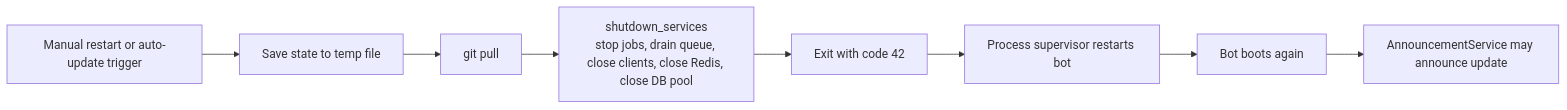
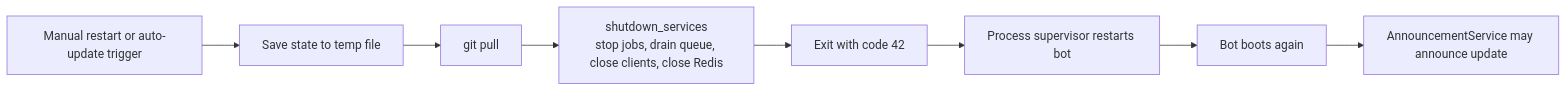
The diagram in docs/auto-update.md (jobeus/cmwgpt), drawn with Mermaid before and after one commit. The commit also changed other lines of this file and 11 other files, not shown here.

````diff
--- a/docs/auto-update.md
+++ b/docs/auto-update.md
@@ -30,10 +30,10 @@
 ```mermaid
 flowchart LR
     Trigger[Manual restart or auto-update trigger] --> Save[Save state to temp file]
     Save --> Pull[git pull]
-    Pull --> Shutdown[shutdown_services<br/>stop jobs, drain queue, close clients, close Redis, close DB pool]
+    Pull --> Shutdown[shutdown_services<br/>stop jobs, drain queue, close clients, close Redis]
     Shutdown --> Exit[Exit with code 42]
     Exit --> Supervisor[Process supervisor restarts bot]
     Supervisor --> Boot[Bot boots again]
     Boot --> Announce[AnnouncementService may announce update]
 ```
````
